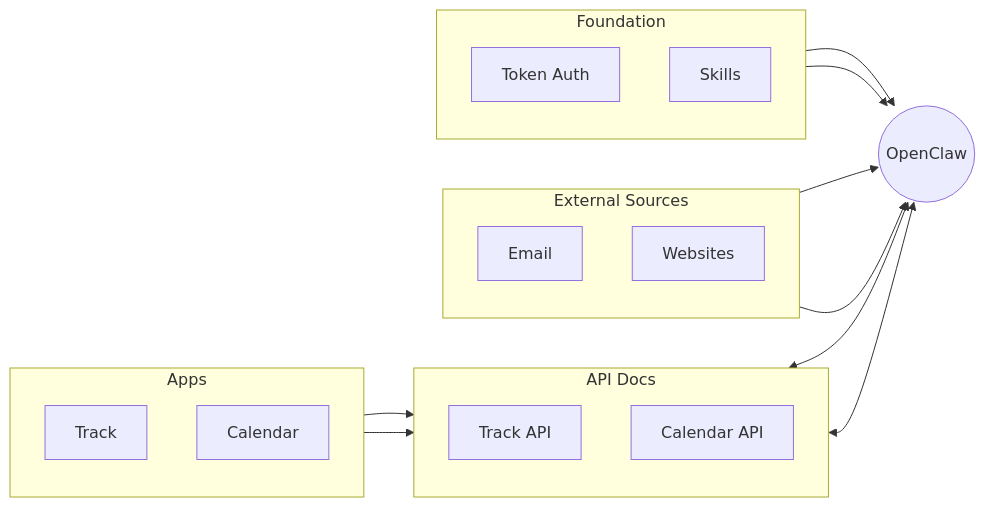
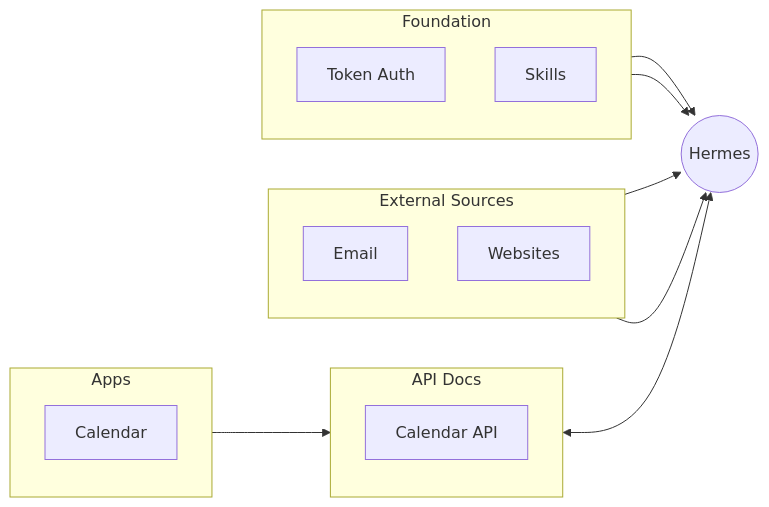
Before and after one commit to damont/damont: the first of 2 diagrams in README.md, drawn with Mermaid. The commit also changed other lines of this file and 2 other files, not shown here.

Commit message:
Updating for hermes and changes to what I'm working on.

````diff
--- a/README.md
+++ b/README.md
@@ -28,39 +27,35 @@
 ```mermaid
 flowchart LR
     subgraph Apps["Apps"]
         direction TB
-        Track["Track"]
         Calendar["Calendar"]
     end
 
     subgraph Docs["API Docs"]
         direction TB
-        TrackAPI["Track API"]
         CalAPI["Calendar API"]
     end
 
     subgraph External["External Sources"]
         direction TB
         Email["Email"]
         Web["Websites"]
     end
 
-    OC(("OpenClaw"))
+    OC(("Hermes"))
 
     subgraph Foundation["Foundation"]
         direction TB
         Auth["Token Auth"]
         Skills["Skills"]
     end
 
-    Track --> TrackAPI
     Calendar --> CalAPI
-    TrackAPI <--> OC
     CalAPI <--> OC
     Email --> OC
     Web --> OC
     OC ~~~ Auth
     OC ~~~ Skills
     Auth --> OC
     Skills --> OC
 ```
````
